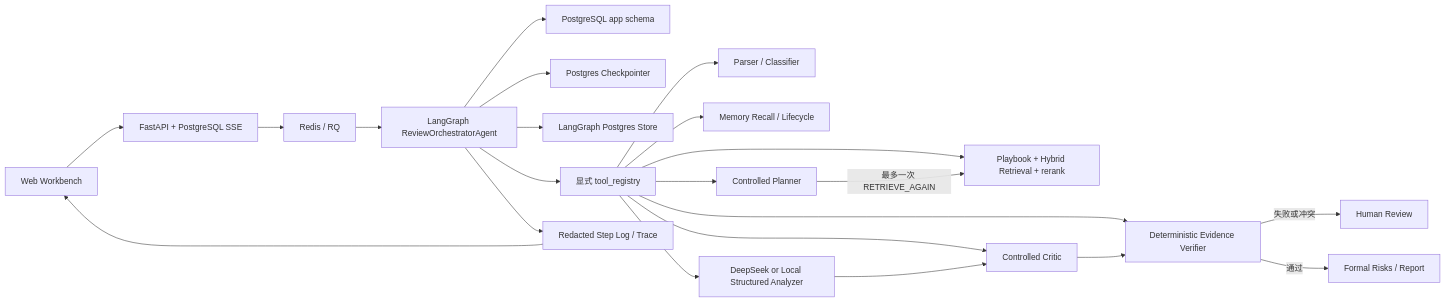
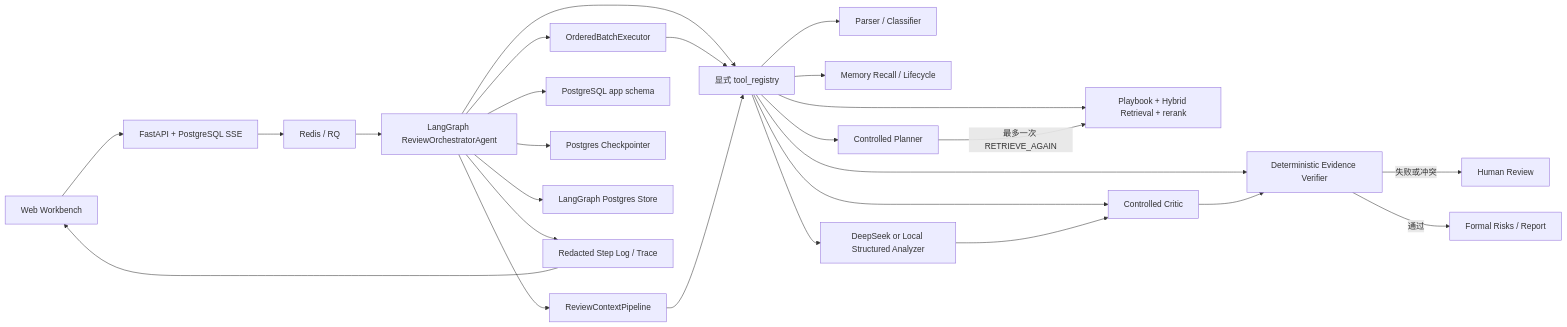
The diagram in README.md (783821289gu-cell/reviewAgent), drawn with Mermaid before and after one commit. The commit also changed other lines of this file and 8 other files, not shown here.

Commit message:
refactor(agent): modularize context pipeline concurrency

````diff
--- a/README.md
+++ b/README.md
@@ -111,23 +112,27 @@
 ```mermaid
 flowchart LR
     Web["Web Workbench"] --> API["FastAPI + PostgreSQL SSE"]
     API --> Queue["Redis / RQ"]
     Queue --> Agent["LangGraph ReviewOrchestratorAgent"]
+    Agent --> Batch["OrderedBatchExecutor"]
+    Agent --> Context["ReviewContextPipeline"]
     Agent --> DB["PostgreSQL app schema"]
     Agent --> Checkpoint["Postgres Checkpointer"]
     Agent --> Store["LangGraph Postgres Store"]
     Agent --> Registry["显式 tool_registry"]
     Registry --> Parse["Parser / Classifier"]
     Registry --> Retrieve["Playbook + Hybrid Retrieval + rerank"]
     Registry --> Memory["Memory Recall / Lifecycle"]
     Registry --> Analyze["DeepSeek or Local Structured Analyzer"]
     Registry --> Planner["Controlled Planner"]
     Registry --> Critic["Controlled Critic"]
     Registry --> Evidence["Deterministic Evidence Verifier"]
+    Batch --> Registry
+    Context --> Registry
     Planner -->|"最多一次 RETRIEVE_AGAIN"| Retrieve
     Analyze --> Critic --> Evidence
     Evidence -->|"失败或冲突"| Human["Human Review"]
     Evidence -->|"通过"| Result["Formal Risks / Report"]
     Agent --> Trace["Redacted Step Log / Trace"]
     Trace --> Web
 ```
````
